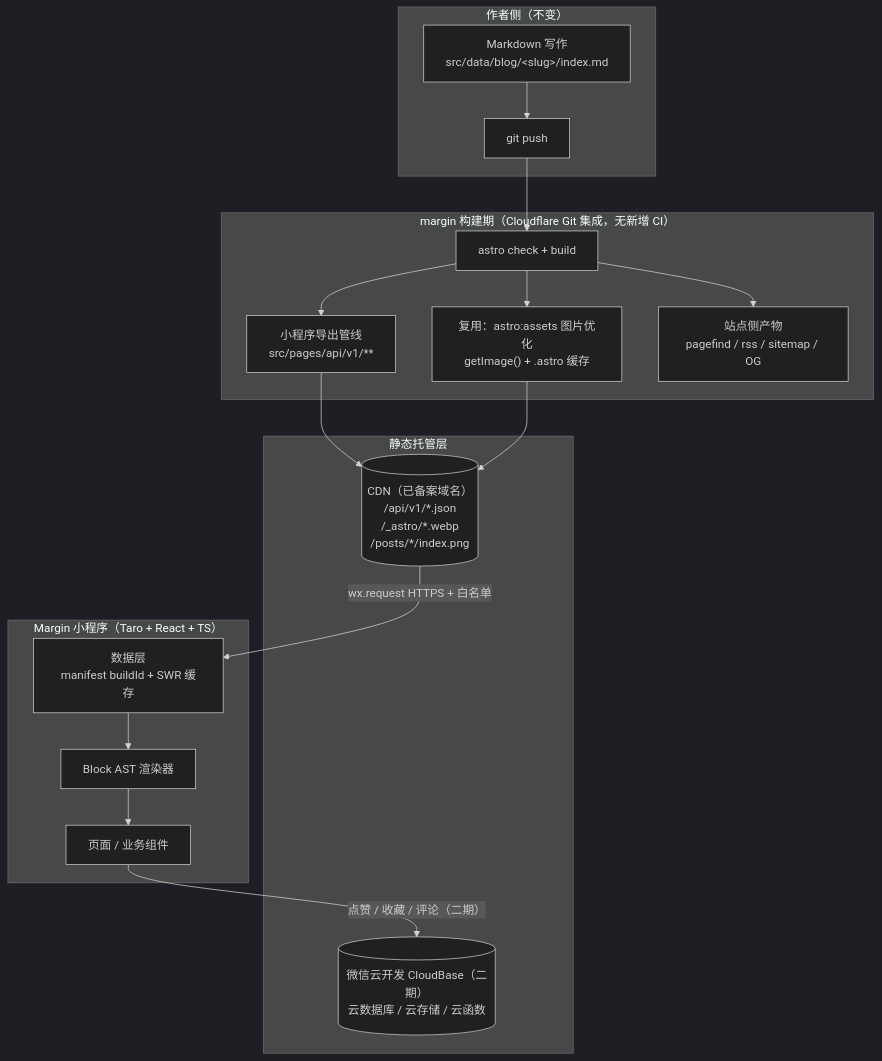
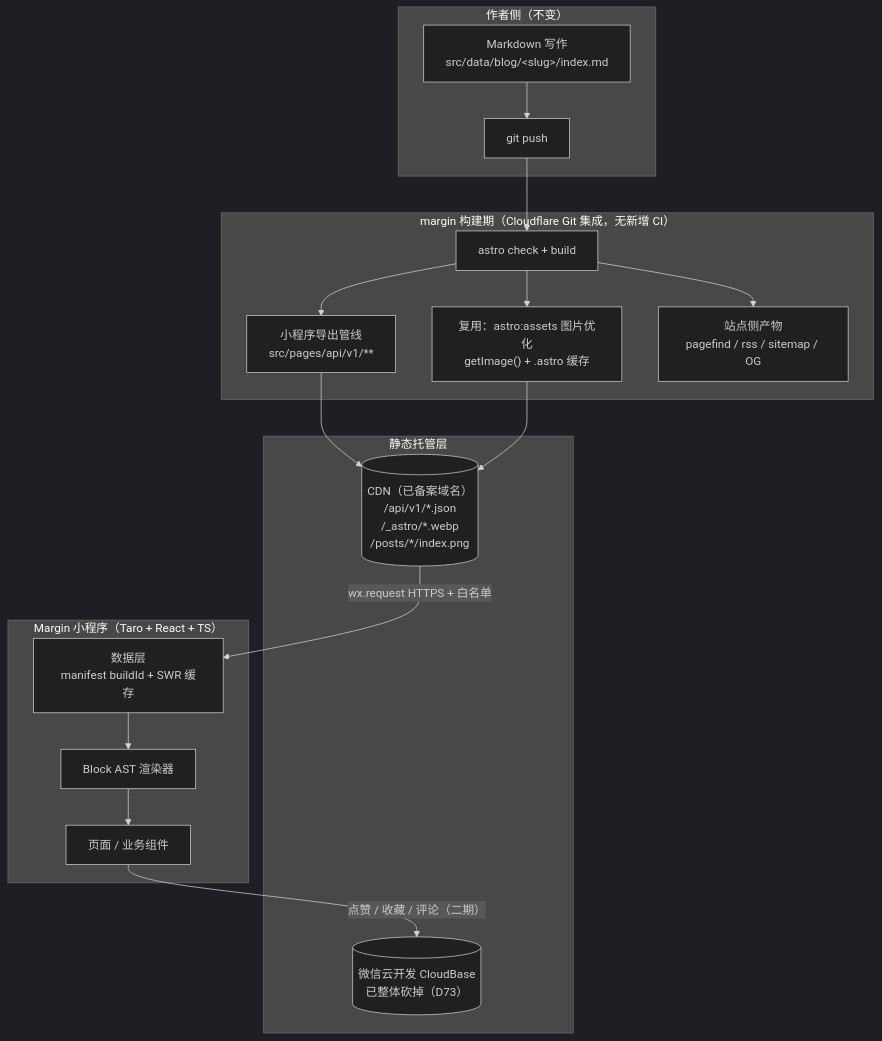
Before and after one commit to baiwumm/margin-app: the diagram in docs/requirements.md, drawn with Mermaid (dark theme). The commit also changed other lines of this file and 15 other files, not shown here.

````diff
--- a/docs/requirements.md
+++ b/docs/requirements.md
@@ -51,33 +54,33 @@
 ```mermaid
 graph TB
   subgraph A["作者侧（不变）"]
     A1["Markdown 写作<br/>src/data/blog/&lt;slug&gt;/index.md"]
     A2["git push"]
   end
 
   subgraph B["margin 构建期（Cloudflare Git 集成，无新增 CI）"]
     B1["astro check + build"]
     B2["小程序导出管线<br/>src/pages/api/v1/**"]
     B3["复用：astro:assets 图片优化<br/>getImage() + .astro 缓存"]
     B4["站点侧产物<br/>pagefind / rss / sitemap / OG"]
   end
 
   subgraph C["静态托管层"]
     C1[("CDN（已备案域名）<br/>/api/v1/*.json<br/>/_astro/*.webp<br/>/posts/*/index.png")]
-    C2[("微信云开发 CloudBase（二期）<br/>云数据库 / 云存储 / 云函数")]
+    C2[("微信云开发 CloudBase<br/>已整体砍掉（D73）")]
   end
 
   subgraph D["Margin 小程序（Taro + React + TS）"]
     D1["数据层<br/>manifest buildId + SWR 缓存"]
     D2["Block AST 渲染器"]
     D3["页面 / 业务组件"]
   end
 
   A1 --> A2 --> B1
   B1 --> B2 --> C1
   B1 --> B3 --> C1
   B1 --> B4
   C1 -->|"wx.request HTTPS + 白名单"| D1
   D1 --> D2 --> D3
   D3 -->|"点赞 / 收藏 / 评论（二期）"| C2
 ```
````
